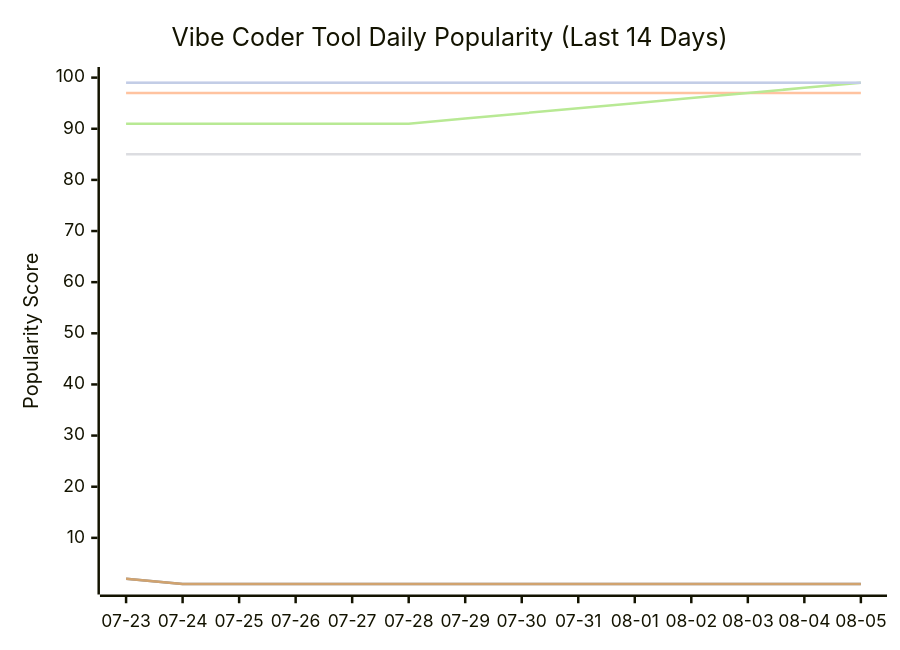
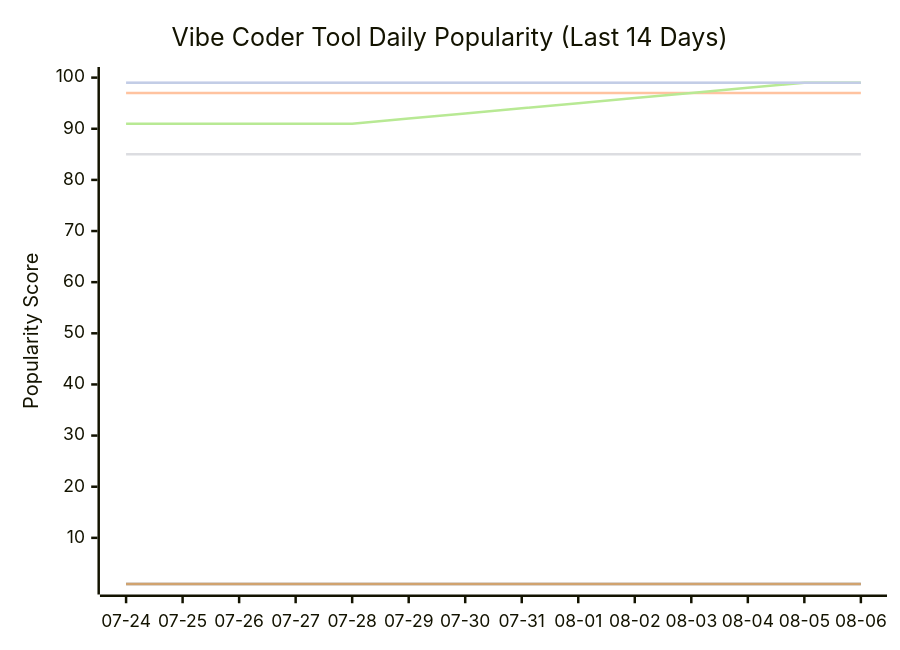
One commit to tykimos/ai-whatchelin changed the seventh of 11 diagrams in README.md. Above: the diagram before and after it, drawn with Mermaid. The commit also changed other lines of this file and 4 other files, not shown here.

````diff
--- a/README.md
+++ b/README.md
@@ -2165,13 +2181,13 @@
 ```mermaid
 xychart-beta
     title "Vibe Coder Tool Daily Popularity (Last 14 Days)"
-    x-axis ["07-23", "07-24", "07-25", "07-26", "07-27", "07-28", "07-29", "07-30", "07-31", "08-01", "08-02", "08-03", "08-04", "08-05"]
+    x-axis ["07-24", "07-25", "07-26", "07-27", "07-28", "07-29", "07-30", "07-31", "08-01", "08-02", "08-03", "08-04", "08-05", "08-06"]
     y-axis "Popularity Score" 1 --> 100
     line "Claude Code" [99, 99, 99, 99, 99, 99, 99, 99, 99, 99, 99, 99, 99, 99]
-    line "GH Copilot" [2, 1, 1, 1, 1, 1, 1, 1, 1, 1, 1, 1, 1, 1]
+    line "GH Copilot" [1, 1, 1, 1, 1, 1, 1, 1, 1, 1, 1, 1, 1, 1]
     line "Cursor" [97, 97, 97, 97, 97, 97, 97, 97, 97, 97, 97, 97, 97, 97]
     line "Windsurf" [85, 85, 85, 85, 85, 85, 85, 85, 85, 85, 85, 85, 85, 85]
-    line "Codex CLI" [91, 91, 91, 91, 91, 91, 92, 93, 94, 95, 96, 97, 98, 99]
-    line "Gemini CLI" [2, 1, 1, 1, 1, 1, 1, 1, 1, 1, 1, 1, 1, 1]
+    line "Codex CLI" [91, 91, 91, 91, 91, 92, 93, 94, 95, 96, 97, 98, 99, 99]
+    line "Gemini CLI" [1, 1, 1, 1, 1, 1, 1, 1, 1, 1, 1, 1, 1, 1]
     line "Antigravity" [99, 99, 99, 99, 99, 99, 99, 99, 99, 99, 99, 99, 99, 99]
 ```
````
